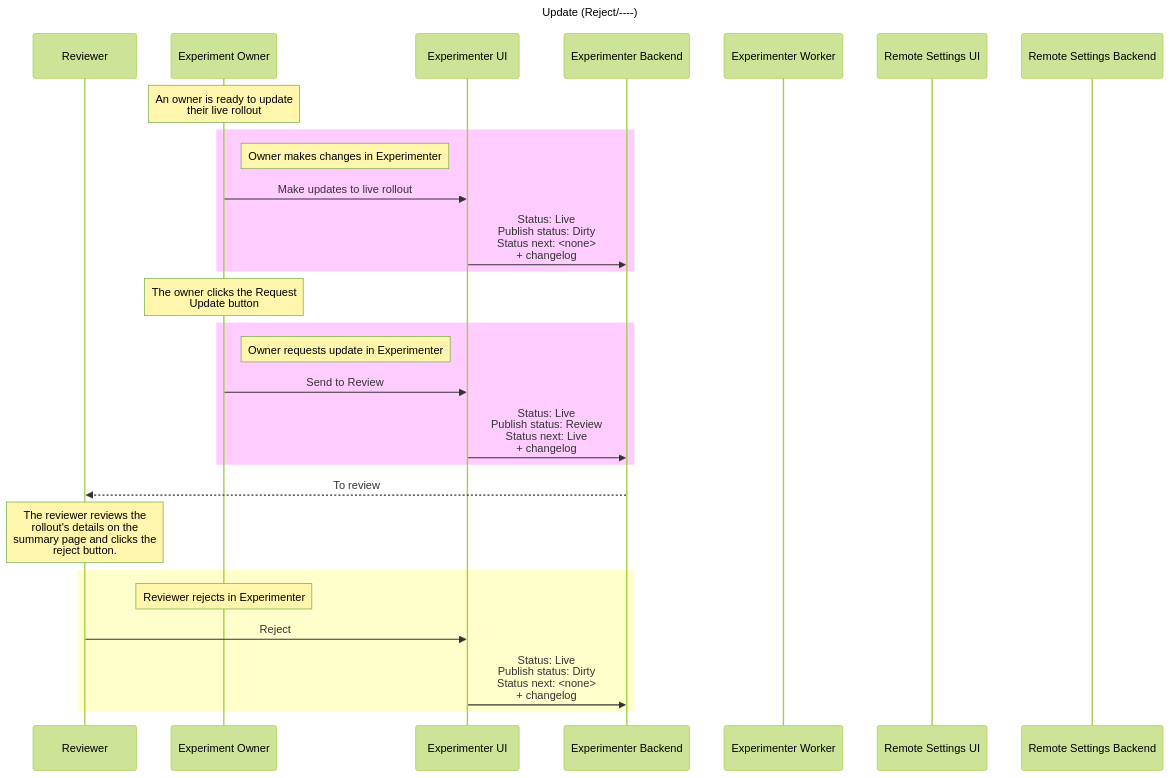
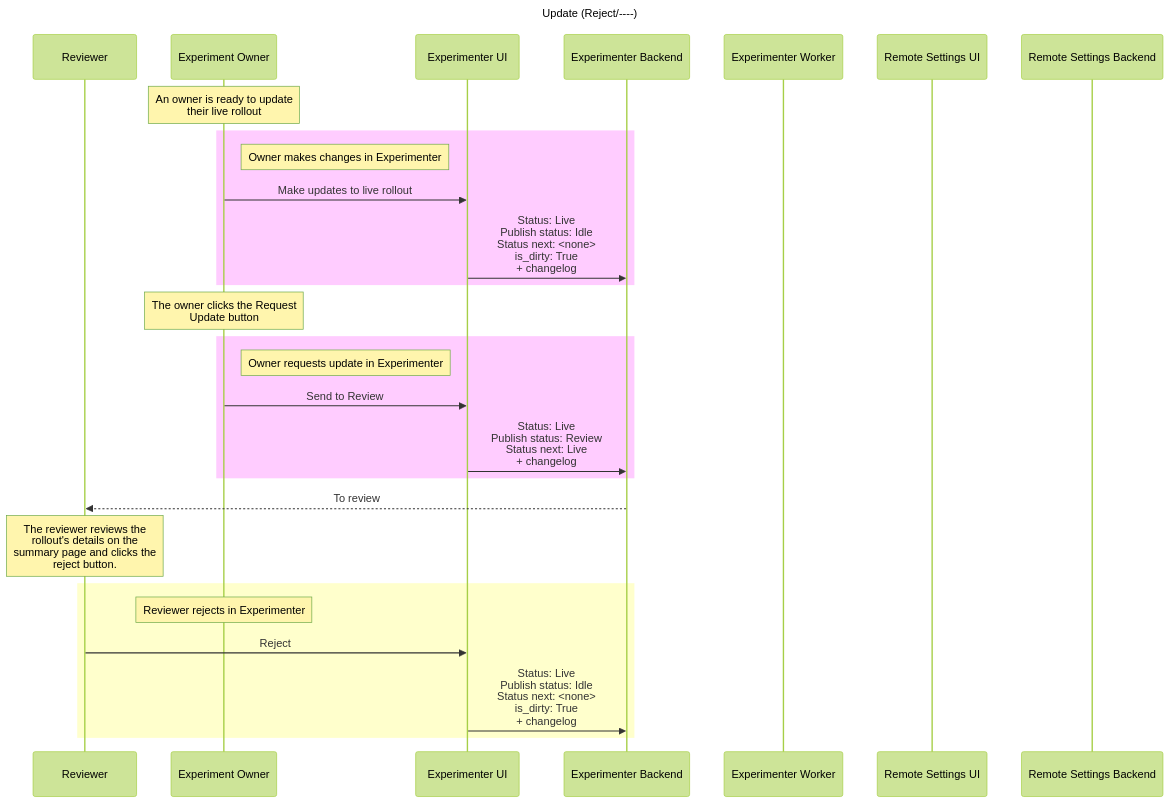
One commit to mozilla/experimenter changed the ninth of 22 diagrams in docs/experimenter/README.md. Above: the diagram before and after it, drawn with Mermaid (forest theme). The commit also changed other lines of this file, not shown here.

Commit message:
For #8559 docs(nimbus): Update sequence diagrams to use is_dirty flag instead of dirty publish status

````diff
--- a/docs/experimenter/README.md
+++ b/docs/experimenter/README.md
@@ -528,36 +527,36 @@
 ```mermaid
   sequenceDiagram
     participant Reviewer
     participant Experiment Owner
     participant Experimenter UI
     participant Experimenter Backend
     participant Experimenter Worker
     participant Remote Settings UI
     participant Remote Settings Backend
     title Update (Reject/----)
     Note over Experiment Owner: An owner is ready to update <br/> their live rollout
     
     rect rgb(255,204,255) 
         Note right of Experiment Owner: Owner makes changes in Experimenter
         Experiment Owner->>Experimenter UI: Make updates to live rollout
-        Experimenter UI->>Experimenter Backend: Status: Live <br/> Publish status: Dirty <br/> Status next: <none> <br/> + changelog
+        Experimenter UI->>Experimenter Backend: Status: Live <br/> Publish status: Idle <br/> Status next: <none> <br/> is_dirty: True <br/> + changelog
     end 
     
     Note over Experiment Owner: The owner clicks the Request <br/> Update button
     
     rect rgb(255,204,255) 
         Note right of Experiment Owner: Owner requests update in Experimenter
         Experiment Owner->>Experimenter UI: Send to Review
         Experimenter UI->>Experimenter Backend: Status: Live <br/> Publish status: Review <br/> Status next: Live <br/> + changelog
     end 
     
     Experimenter Backend-->>Reviewer: To review
     Note over Reviewer: The reviewer reviews the <br/> rollout's details on the <br/> summary page and clicks the <br/> reject button.
     
 
     rect rgb(255,255,204) 
         Note over Experiment Owner: Reviewer rejects in Experimenter
         Reviewer->>Experimenter UI: Reject
-        Experimenter UI->>Experimenter Backend: Status: Live <br/> Publish status: Dirty <br/> Status next: <none> <br/> + changelog
+        Experimenter UI->>Experimenter Backend: Status: Live <br/> Publish status: Idle <br/> Status next: <none> <br/> is_dirty: True <br/> + changelog
     end 
 ```
````
